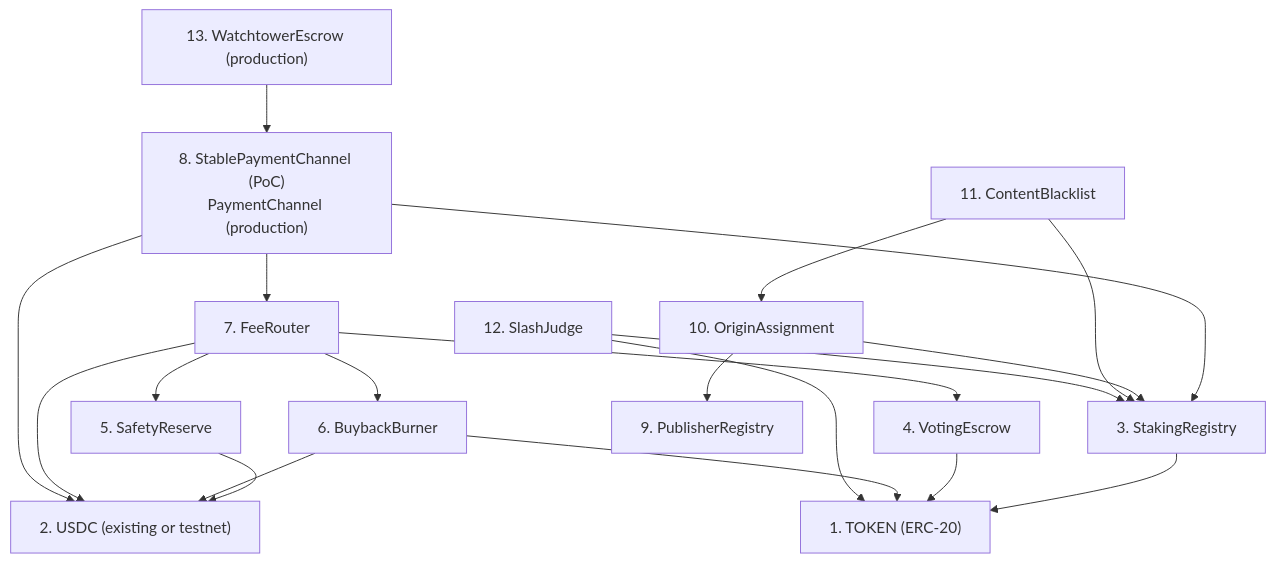
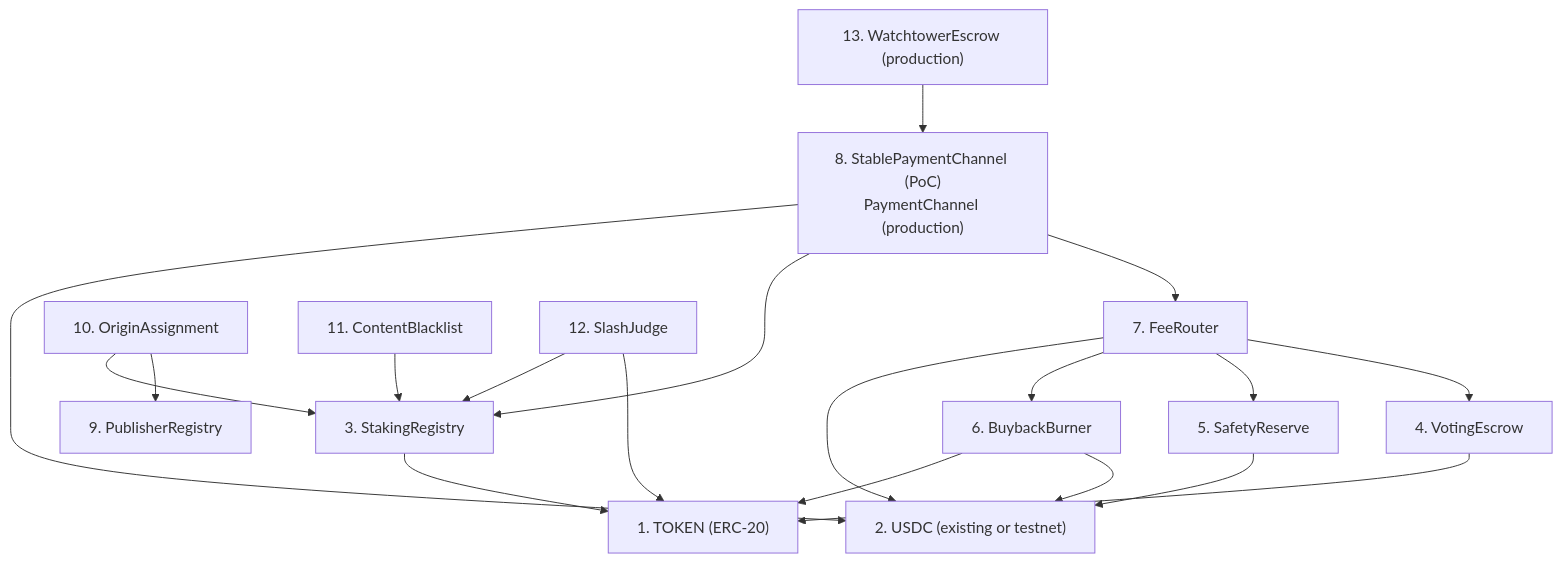
One commit to decdn/decdn changed the second of 5 diagrams in adr/016-contract-interactions.md. Above: the diagram before and after it, drawn with Mermaid. The commit also changed other lines of this file and 2 other files, not shown here.

````diff
--- a/adr/016-contract-interactions.md
+++ b/adr/016-contract-interactions.md
@@ -108,36 +108,35 @@
 ```mermaid
 graph TD
     TOKEN["1. TOKEN (ERC-20)"]
     USDC["2. USDC (existing or testnet)"]
     SR["3. StakingRegistry"]
     VE["4. VotingEscrow"]
     SAFE["5. SafetyReserve"]
     BB["6. BuybackBurner"]
     FR["7. FeeRouter"]
     SPC["8. StablePaymentChannel (PoC)<br/>PaymentChannel (production)"]
     PR["9. PublisherRegistry"]
     OA["10. OriginAssignment"]
     CB["11. ContentBlacklist"]
     SJ["12. SlashJudge"]
     WE["13. WatchtowerEscrow (production)"]
 
     SR --> TOKEN
     VE --> TOKEN
     SAFE --> USDC
     BB --> TOKEN
     BB --> USDC
     FR --> USDC
     FR --> BB
     FR --> SAFE
     FR --> VE
     SPC --> USDC
     SPC --> SR
     SPC --> FR
     OA --> SR
     OA --> PR
     CB --> SR
-    CB --> OA
     SJ --> SR
     SJ --> TOKEN
     WE --> SPC
 ```
````
